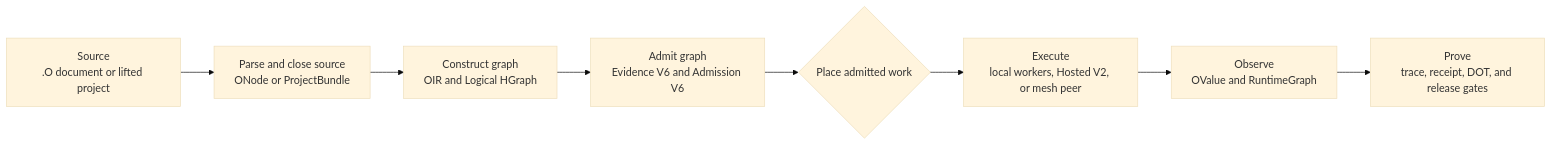
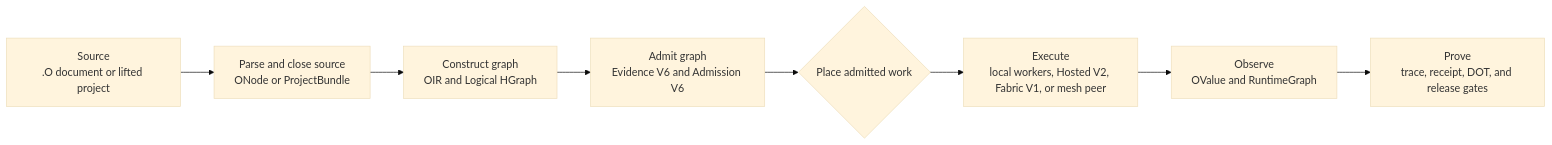
One commit to lostadi/OSTADIX changed the first of 6 diagrams in README.md. Above: the diagram before and after it, drawn with Mermaid (base theme). The commit also changed other lines of this file and 27 other files, not shown here.

````diff
--- a/README.md
+++ b/README.md
@@ -91,13 +95,13 @@
 ```mermaid
 flowchart LR
     S["Source<br/>.O document or lifted project"]
     P["Parse and close source<br/>ONode or ProjectBundle"]
     G["Construct graph<br/>OIR and Logical HGraph"]
     A["Admit graph<br/>Evidence V6 and Admission V6"]
     L{"Place admitted work"}
-    X["Execute<br/>local workers, Hosted V2, or mesh peer"]
+    X["Execute<br/>local workers, Hosted V2, Fabric V1, or mesh peer"]
     R["Observe<br/>OValue and RuntimeGraph"]
     E["Prove<br/>trace, receipt, DOT, and release gates"]
 
     S --> P --> G --> A --> L --> X --> R --> E
 ```
````
